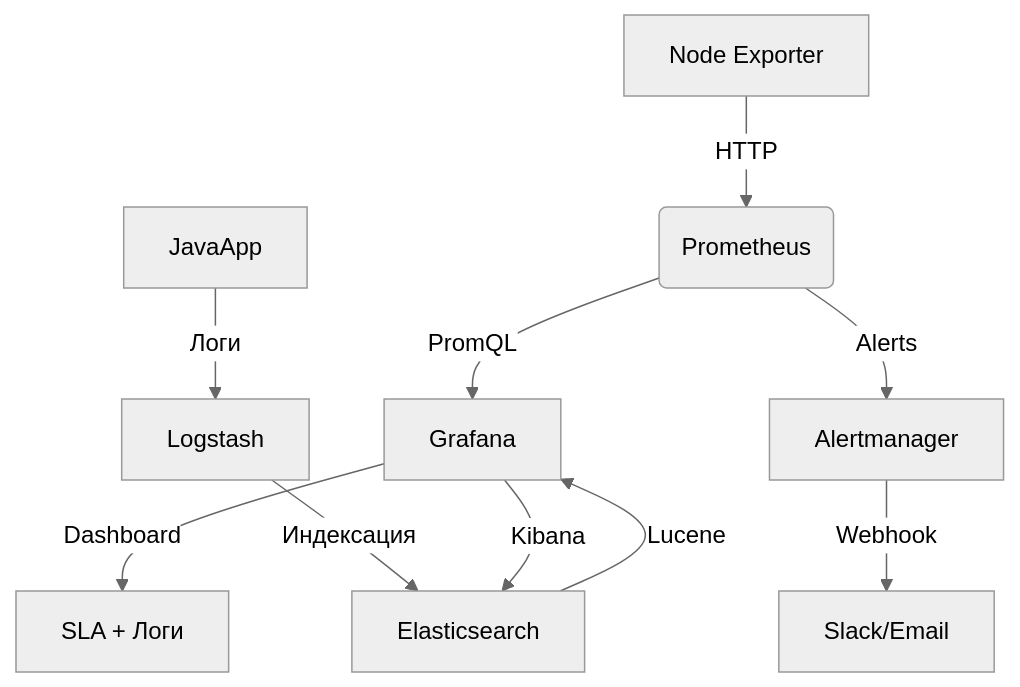
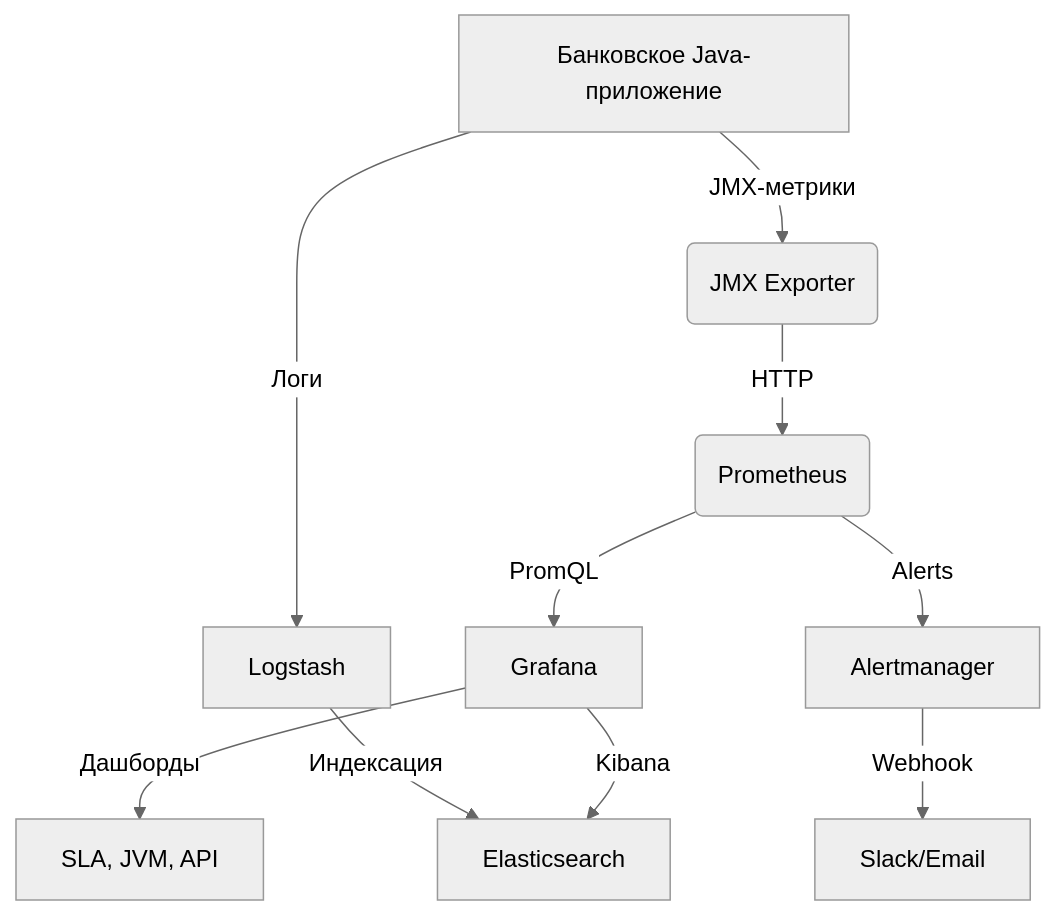
The fifth of 6 diagrams in Introduction_monitoring/README.md (lamjob1993/linux-monitoring), drawn with Mermaid (neutral theme) before and after one commit. The commit also changed other lines of this file, not shown here.

````diff
--- a/Introduction_monitoring/README.md
+++ b/Introduction_monitoring/README.md
@@ -193,12 +188,12 @@
 ```mermaid  
 graph TD  
-    A[Node Exporter] -->|HTTP| B(Prometheus)  
-    B -->|PromQL| C[Grafana]  
-    B -->|Alerts| D[Alertmanager]  
-    D -->|Webhook| E[Slack/Email]  
-    F[JavaApp] -->|Логи| G[Logstash]  
-    G -->|Индексация| H[Elasticsearch]  
-    C -->|Dashboard| I[SLA + Логи]  
-    C -->|Kibana| H  
-    H -->|Lucene| C  
+    A[Банковское Java-приложение] -->|JMX-метрики| B(JMX Exporter)  
+    A -->|Логи| C[Logstash]  
+    B -->|HTTP| D(Prometheus)  
+    C -->|Индексация| E[Elasticsearch]  
+    D -->|PromQL| F[Grafana]  
+    D -->|Alerts| G[Alertmanager]  
+    G -->|Webhook| H[Slack/Email]  
+    F -->|Дашборды| I[SLA, JVM, API]  
+    F -->|Kibana| E  
 ```  
````
